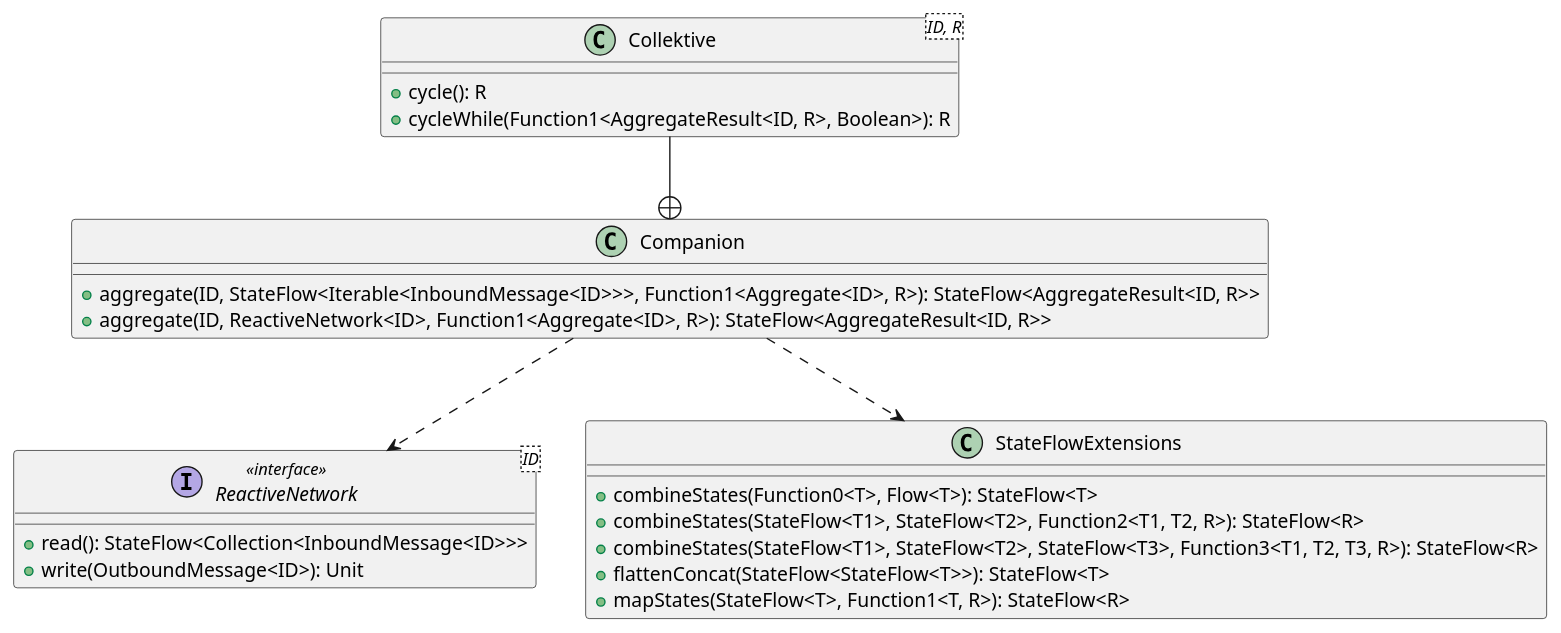
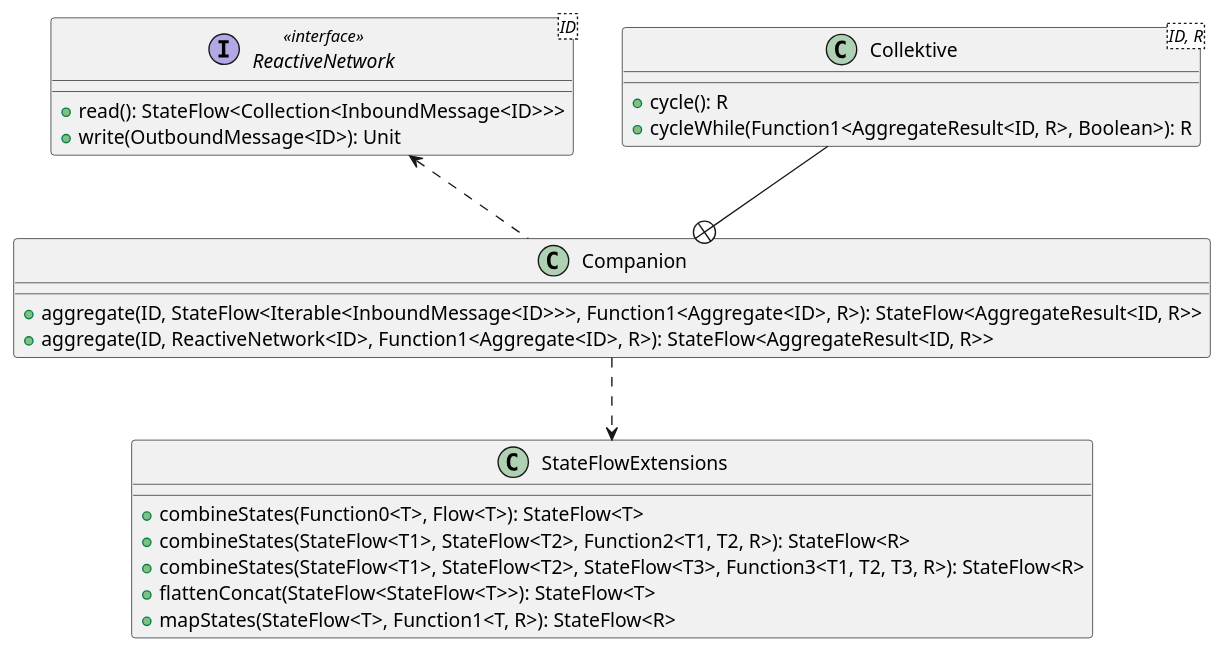
The diagram in diagrams/collektive-rmsm-design.puml (FilippoVissani/master-thesis), drawn with PlantUML before and after one commit. The commit also changed 12 other files, not shown here.

```diff
--- a/diagrams/collektive-rmsm-design.puml
+++ b/diagrams/collektive-rmsm-design.puml
@@ -1,30 +1,30 @@
 @startuml
 
 class Collektive<ID, R> {
   + cycle(): R
   + cycleWhile(Function1<AggregateResult<ID, R>, Boolean>): R
 }
 
 class Companion {
   + aggregate(ID, StateFlow<Iterable<InboundMessage<ID>>>, Function1<Aggregate<ID>, R>): StateFlow<AggregateResult<ID, R>>
   + aggregate(ID, ReactiveNetwork<ID>, Function1<Aggregate<ID>, R>): StateFlow<AggregateResult<ID, R>>
 }
 
 interface ReactiveNetwork<ID> << interface >> {
   + read(): StateFlow<Collection<InboundMessage<ID>>>
   + write(OutboundMessage<ID>): Unit
 }
 
 class StateFlowExtensions {
   + combineStates(Function0<T>, Flow<T>): StateFlow<T>
   + combineStates(StateFlow<T1>, StateFlow<T2>, Function2<T1, T2, R>): StateFlow<R>
   + combineStates(StateFlow<T1>, StateFlow<T2>, StateFlow<T3>, Function3<T1, T2, T3, R>): StateFlow<R>
   + flattenConcat(StateFlow<StateFlow<T>>): StateFlow<T>
   + mapStates(StateFlow<T>, Function1<T, R>): StateFlow<R>
 }
 
 Collektive --+ Companion
-Companion ..> ReactiveNetwork
+Companion .up.> ReactiveNetwork
 Companion ..> StateFlowExtensions
 
 @enduml
```
